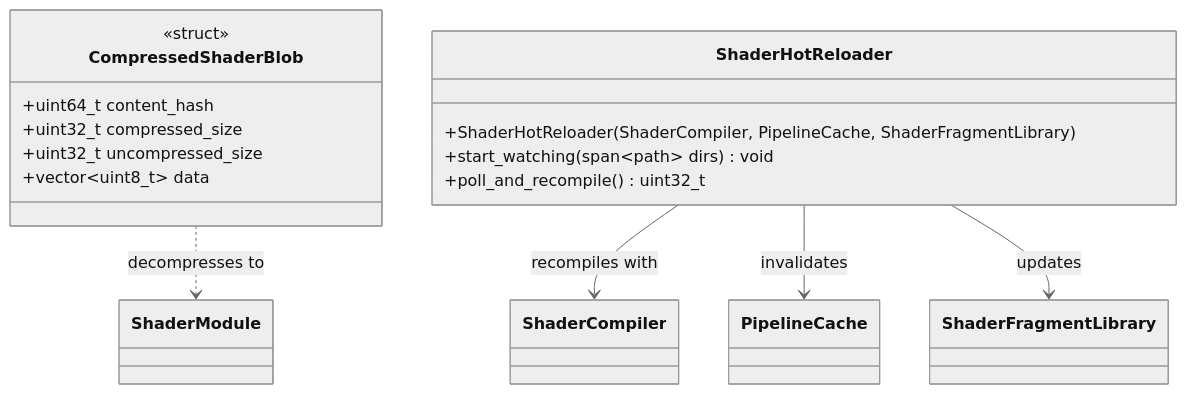
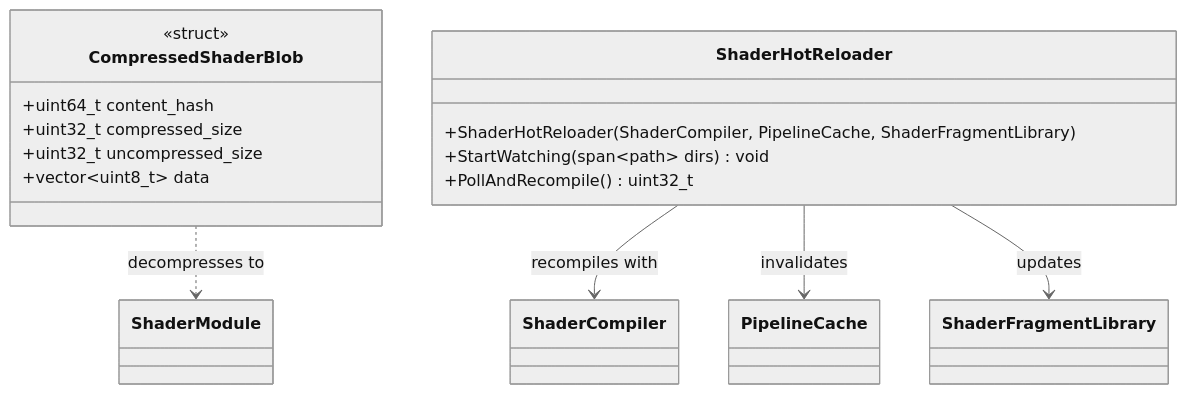
One commit to harmonius-dev/harmonius changed the tenth of 16 diagrams in docs/design/shader-pipeline-classes.md. Above: the diagram before and after it, drawn with Mermaid (neutral theme). The commit also changed other lines of this file and 67 other files, not shown here.

````diff
--- a/docs/design/shader-pipeline-classes.md
+++ b/docs/design/shader-pipeline-classes.md
@@ -510,20 +510,20 @@
 ```mermaid
 classDiagram
     class CompressedShaderBlob {
         <<struct>>
         +uint64_t content_hash
         +uint32_t compressed_size
         +uint32_t uncompressed_size
         +vector~uint8_t~ data
     }
     class ShaderHotReloader {
         +ShaderHotReloader(ShaderCompiler, PipelineCache, ShaderFragmentLibrary)
-        +start_watching(span~path~ dirs) void
-        +poll_and_recompile() uint32_t
+        +StartWatching(span~path~ dirs) void
+        +PollAndRecompile() uint32_t
     }
 
     ShaderHotReloader --> ShaderCompiler : recompiles with
     ShaderHotReloader --> PipelineCache : invalidates
     ShaderHotReloader --> ShaderFragmentLibrary : updates
     CompressedShaderBlob ..> ShaderModule : decompresses to
 ```
````
